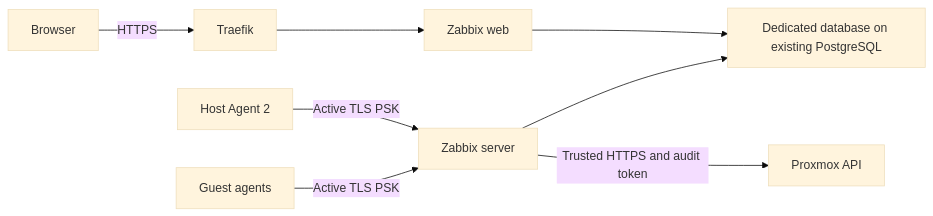
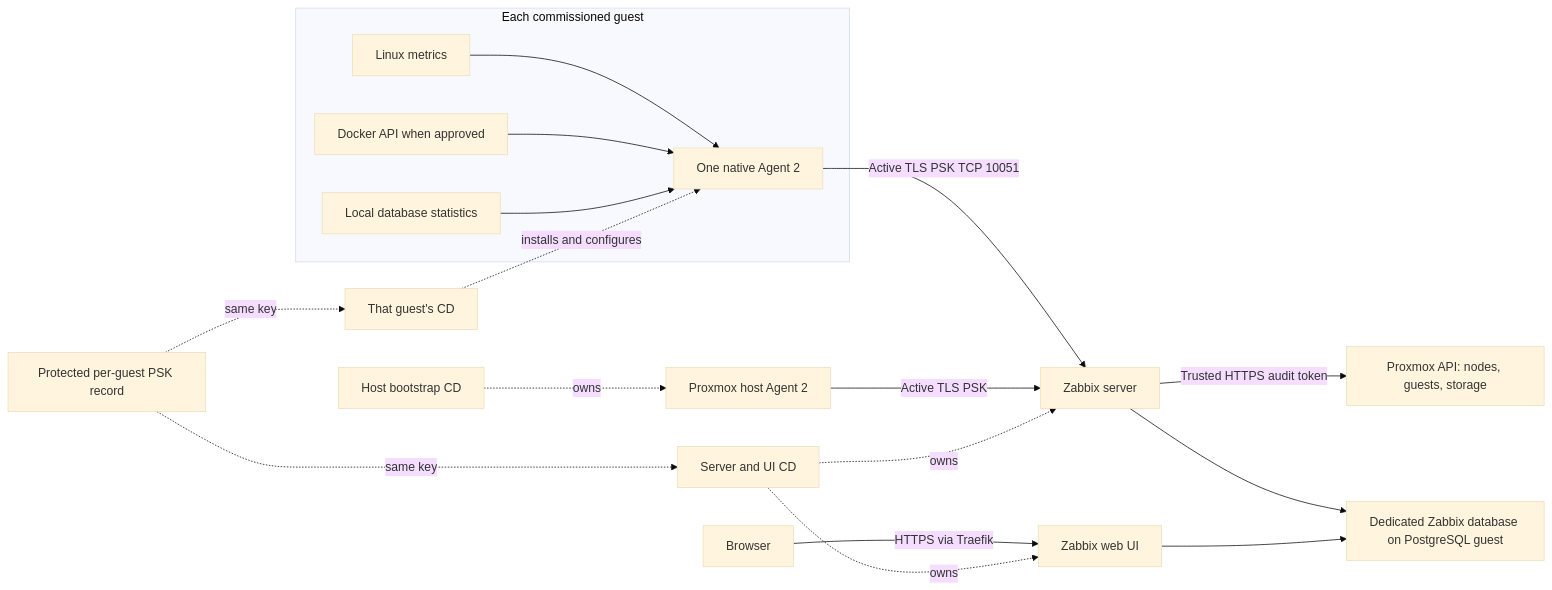
Before and after one commit to theaussiepom/homelab: the diagram in proxmox/applications/ZABBIX.md, drawn with Mermaid (base theme). The commit also changed other lines of this file and 28 other files, not shown here.

Commit message:
Move Zabbix agents and workload monitoring into guest CD

````diff
--- a/proxmox/applications/ZABBIX.md
+++ b/proxmox/applications/ZABBIX.md
@@ -15,10 +9,20 @@
 ```mermaid
 flowchart LR
-  Browser -->|HTTPS| Traefik
-  Traefik --> Web[Zabbix web]
-  Web --> Database[Dedicated database on existing PostgreSQL]
-  Server[Zabbix server] --> Database
-  Server -->|Trusted HTTPS and audit token| Proxmox[Proxmox API]
-  Host[Host Agent 2] -->|Active TLS PSK| Server
-  Guests[Guest agents] -->|Active TLS PSK| Server
+  subgraph Guest[Each commissioned guest]
+    OS[Linux metrics] --> Agent[One native Agent 2]
+    Docker[Docker API when approved] --> Agent
+    DB[Local database statistics] --> Agent
+  end
+  GuestCD[That guest's CD] -. installs and configures .-> Agent
+  Secret[Protected per-guest PSK record] -. same key .-> GuestCD
+  Secret -. same key .-> ServerCD[Server and UI CD]
+  Agent -->|Active TLS PSK TCP 10051| Server[Zabbix server]
+  HostAgent[Proxmox host Agent 2] -->|Active TLS PSK| Server
+  HostCD[Host bootstrap CD] -. owns .-> HostAgent
+  ServerCD -. owns .-> Server
+  Server -->|Trusted HTTPS audit token| PVE[Proxmox API: nodes, guests, storage]
+  Server --> PG[Dedicated Zabbix database on PostgreSQL guest]
+  Browser -->|HTTPS via Traefik| UI[Zabbix web UI]
+  UI --> PG
+  ServerCD -. owns .-> UI
 ```
````
